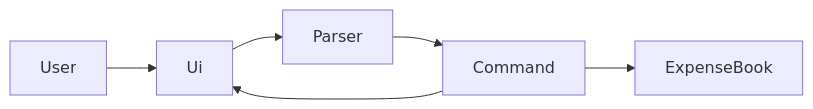
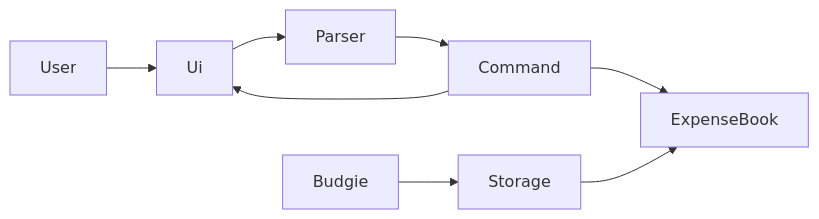
One commit to josephkwok001/CS3227-2610-MP1 changed the diagram in docs/DeveloperGuide.md. Above: the diagram before and after it, drawn with Mermaid. The commit also changed other lines of this file and 16 other files, not shown here.

````diff
--- a/docs/DeveloperGuide.md
+++ b/docs/DeveloperGuide.md
@@ -17,8 +17,10 @@
 ```mermaid
 flowchart LR
   user[User] --> ui[Ui]
   ui --> parser[Parser]
   parser --> command[Command]
   command --> book[ExpenseBook]
+  budgie[Budgie] --> storage[Storage]
+  storage --> book
   command --> ui
 ```
````
